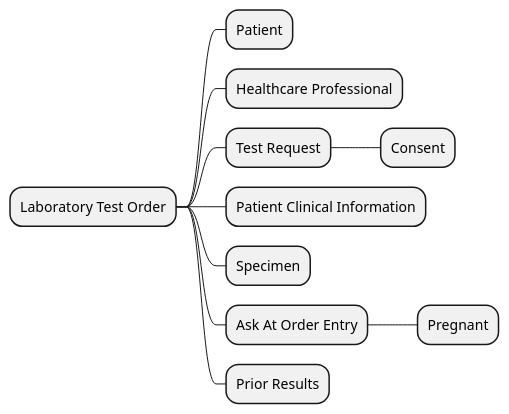
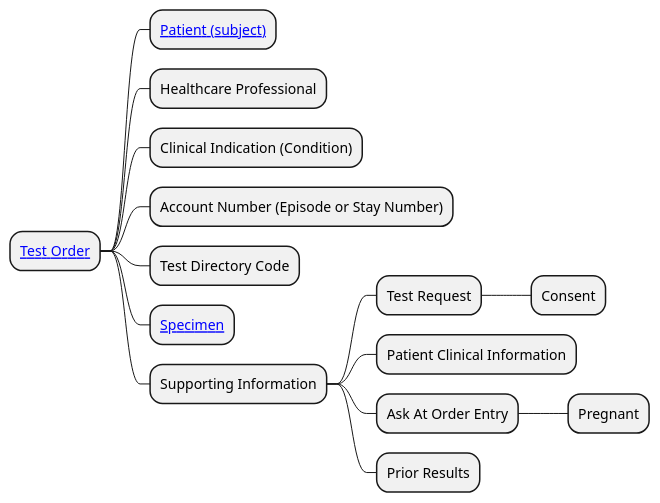
The diagram in input/images-source/Laboratory-Order-mindmap.plantuml (nw-gmsa/nw-gmsa.github.com), drawn with PlantUML before and after one commit. The commit also changed 1 other file, not shown here.

Commit message:
Test Order Mindmap

```diff
--- a/input/images-source/Laboratory-Order-mindmap.plantuml
+++ b/input/images-source/Laboratory-Order-mindmap.plantuml
@@ -1,12 +1,17 @@
 @startmindmap
-* Laboratory Test Order
-** Patient
+* [[StructureDefinition-ServiceRequest.htmlLaboratory Test Order]]
+** [[StructureDefinition-Patient.html Patient (subject)]]
 ** Healthcare Professional
-** Test Request
-*** Consent
-** Patient Clinical Information
-** Specimen
-** Ask At Order Entry
-*** Pregnant
-** Prior Results
+** Clinical Indication (Condition)
+** Account Number (Episode or Stay Number)
+** Test Directory Code
+** [[StructureDefinition-Specimen.html Specimen]]
+** Supporting Information
+*** Test Request
+**** Consent
+*** Patient Clinical Information
+*** Ask At Order Entry
+**** Pregnant
+*** Prior Results
+
 @endmindmap
```
